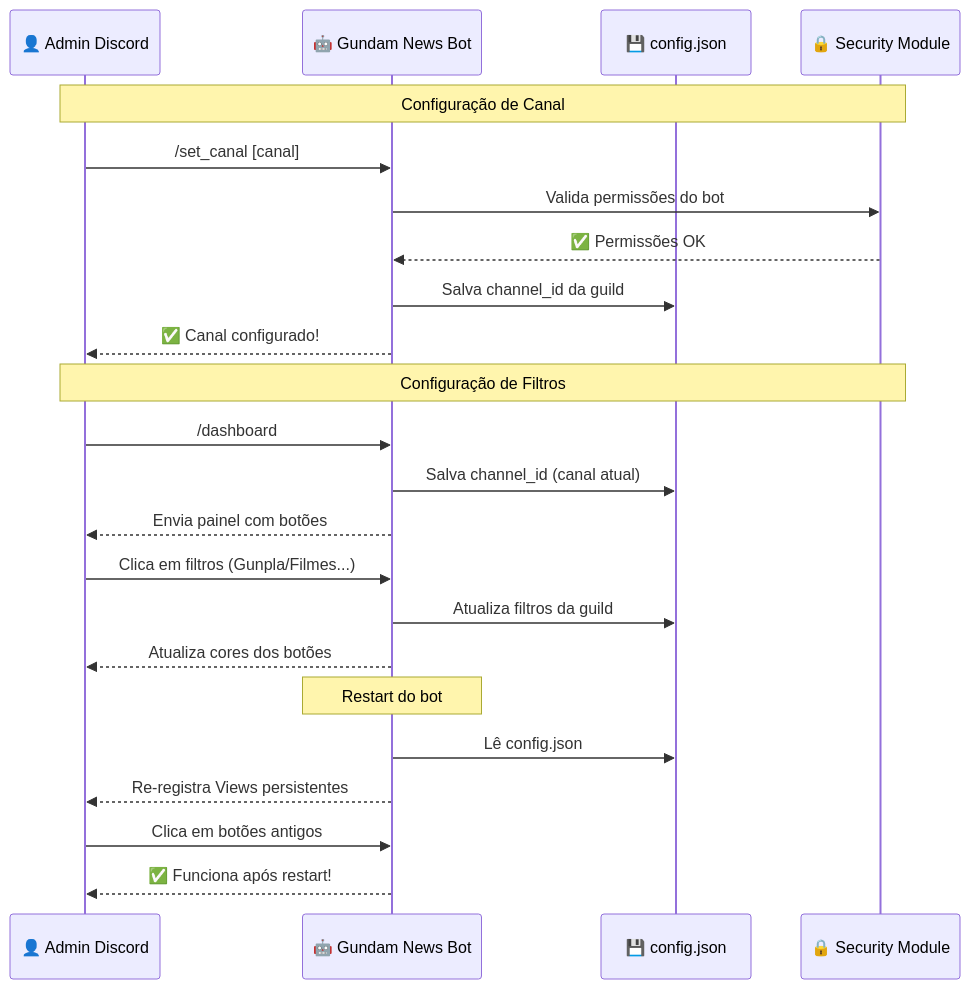
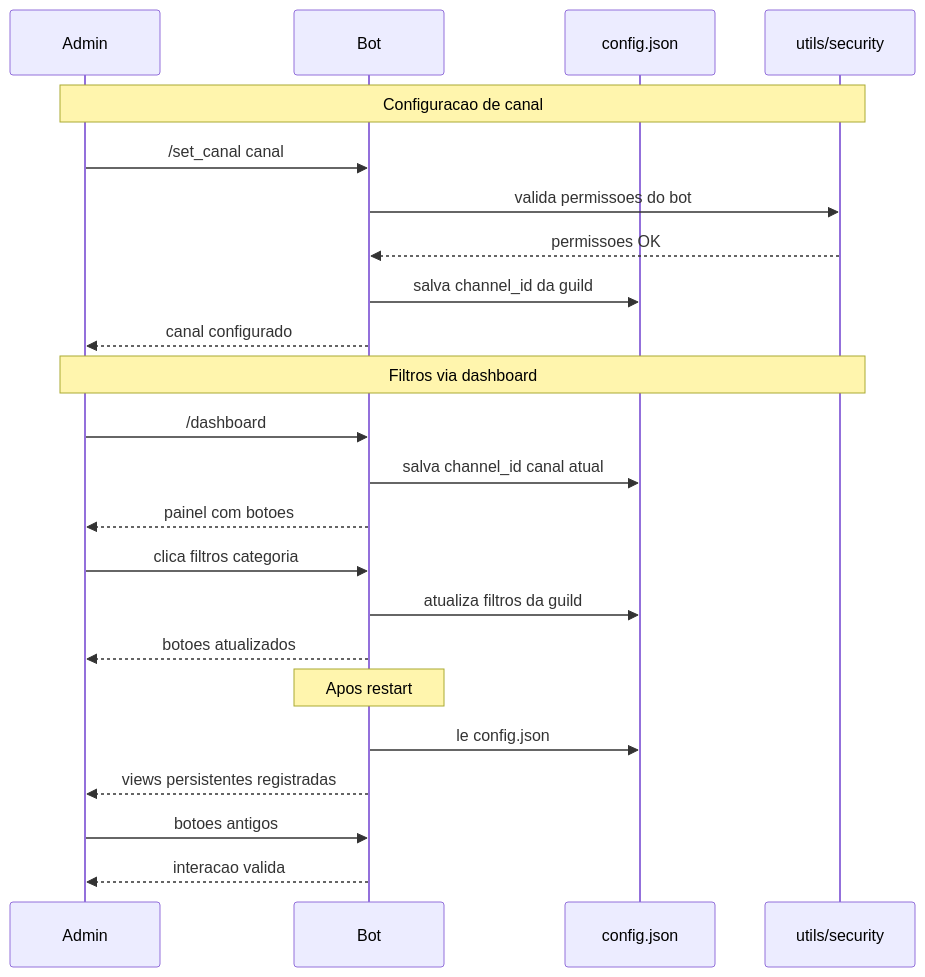
The second of 5 diagrams in README.md (carmipa/gundam-news-discord), drawn with Mermaid before and after one commit. The commit also changed other lines of this file and 1 other file, not shown here.

Commit message:
docs: Move architecture documentation to a dedicated file and improve README diagrams for GitHub rendering.

````diff
--- a/README.md
+++ b/README.md
@@ -161,30 +163,28 @@
 ```mermaid
 sequenceDiagram
-    participant Admin as 👤 Admin Discord
-    participant Bot as 🤖 Gundam News Bot
-    participant Disk as 💾 config.json
-    participant Security as 🔒 Security Module
-    
-    Note over Admin,Security: Configuração de Canal
-    
-    Admin->>Bot: /set_canal [canal]
-    Bot->>Security: Valida permissões do bot
-    Security-->>Bot: ✅ Permissões OK
-    Bot->>Disk: Salva channel_id da guild
-    Bot-->>Admin: ✅ Canal configurado!
-    
-    Note over Admin,Security: Configuração de Filtros
-    
+    participant Admin
+    participant Bot
+    participant Disk as config.json
+    participant Security as utils/security
+
+    Note over Admin,Security: Configuracao de canal
+    Admin->>Bot: /set_canal canal
+    Bot->>Security: valida permissoes do bot
+    Security-->>Bot: permissoes OK
+    Bot->>Disk: salva channel_id da guild
+    Bot-->>Admin: canal configurado
+
+    Note over Admin,Security: Filtros via dashboard
     Admin->>Bot: /dashboard
-    Bot->>Disk: Salva channel_id (canal atual)
-    Bot-->>Admin: Envia painel com botões
-    Admin->>Bot: Clica em filtros (Gunpla/Filmes...)
-    Bot->>Disk: Atualiza filtros da guild
-    Bot-->>Admin: Atualiza cores dos botões
-    
-    Note over Bot: Restart do bot
-    Bot->>Disk: Lê config.json
-    Bot-->>Admin: Re-registra Views persistentes
-    Admin->>Bot: Clica em botões antigos
-    Bot-->>Admin: ✅ Funciona após restart!
+    Bot->>Disk: salva channel_id canal atual
+    Bot-->>Admin: painel com botoes
+    Admin->>Bot: clica filtros categoria
+    Bot->>Disk: atualiza filtros da guild
+    Bot-->>Admin: botoes atualizados
+
+    Note over Bot: Apos restart
+    Bot->>Disk: le config.json
+    Bot-->>Admin: views persistentes registradas
+    Admin->>Bot: botoes antigos
+    Bot-->>Admin: interacao valida
 ```
````
